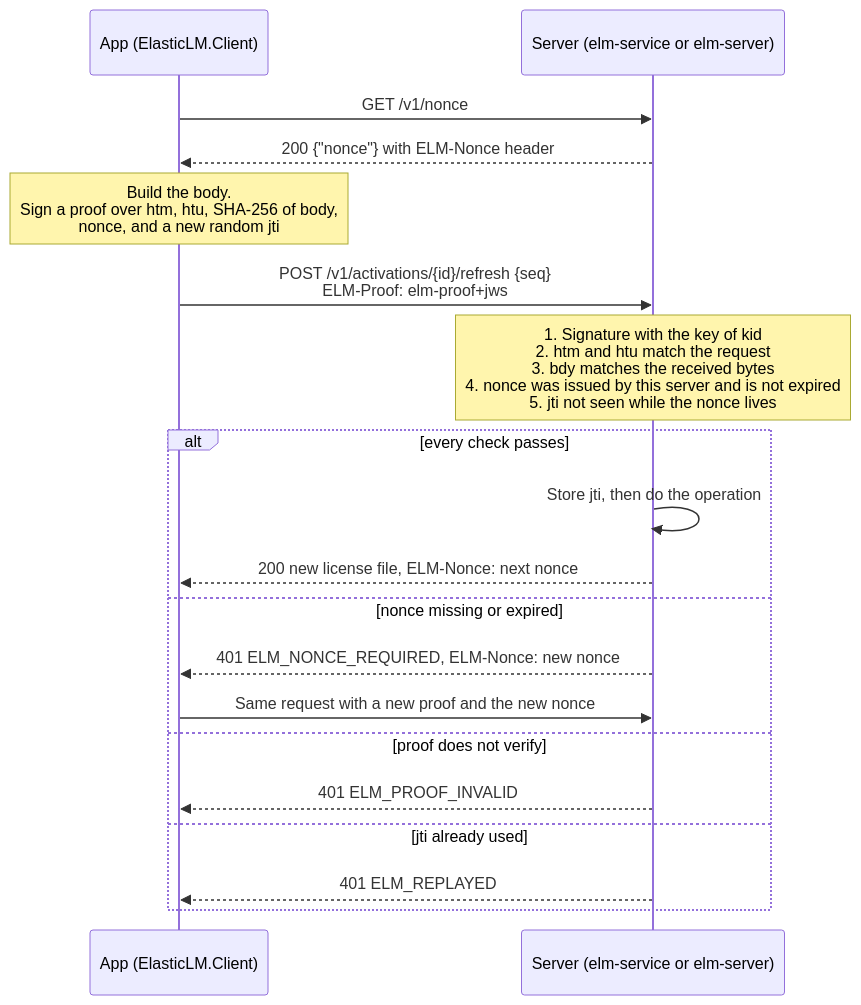
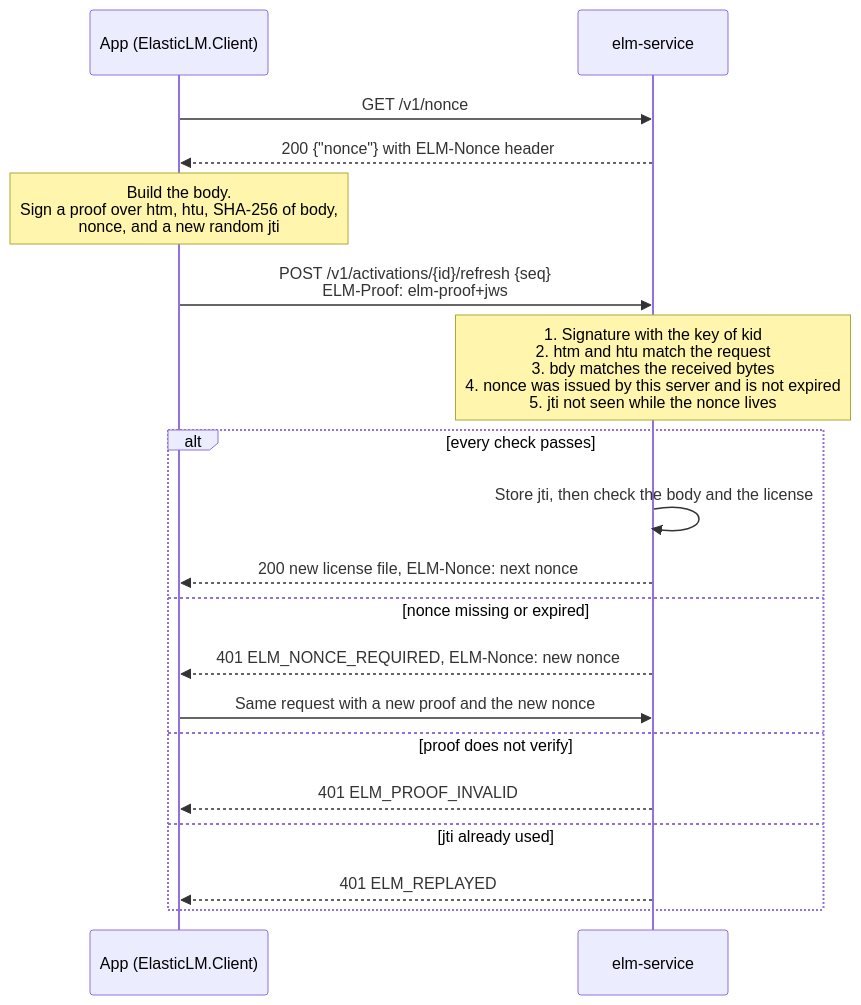
The diagram in docs/guide/explanation/devices-and-proofs.md (YUKIKEDA/ElasticLM), drawn with Mermaid before and after one commit. The commit also changed other lines of this file and 17 other files, not shown here.

````diff
--- a/docs/guide/explanation/devices-and-proofs.md
+++ b/docs/guide/explanation/devices-and-proofs.md
@@ -86,21 +78,21 @@
 ```mermaid
 sequenceDiagram
     participant A as App (ElasticLM.Client)
-    participant S as Server (elm-service or elm-server)
+    participant S as elm-service
     A->>S: GET /v1/nonce
     S-->>A: 200 {"nonce"} with ELM-Nonce header
     Note over A: Build the body.<br/>Sign a proof over htm, htu, SHA-256 of body,<br/>nonce, and a new random jti
     A->>S: POST /v1/activations/{id}/refresh {seq}<br/>ELM-Proof: elm-proof+jws
     Note over S: 1. Signature with the key of kid<br/>2. htm and htu match the request<br/>3. bdy matches the received bytes<br/>4. nonce was issued by this server and is not expired<br/>5. jti not seen while the nonce lives
     alt every check passes
-        S->>S: Store jti, then do the operation
+        S->>S: Store jti, then check the body and the license
         S-->>A: 200 new license file, ELM-Nonce: next nonce
     else nonce missing or expired
         S-->>A: 401 ELM_NONCE_REQUIRED, ELM-Nonce: new nonce
         A->>S: Same request with a new proof and the new nonce
     else proof does not verify
         S-->>A: 401 ELM_PROOF_INVALID
     else jti already used
         S-->>A: 401 ELM_REPLAYED
     end
 ```
````
